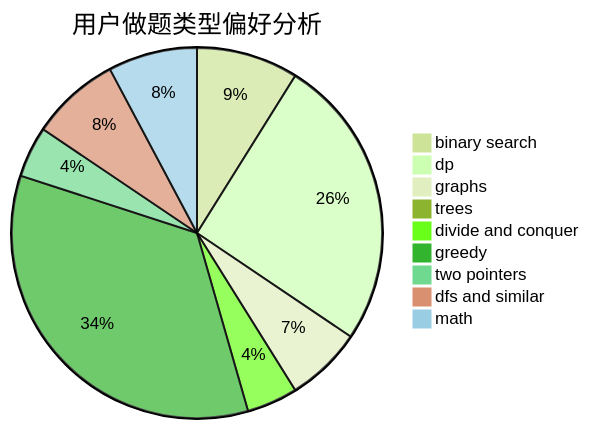
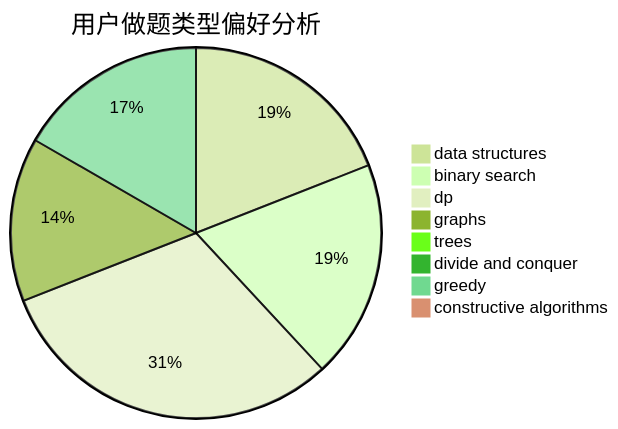
One commit to sherpahu/cfrs.github.io changed the second of 3 diagrams in docs/user/u1736.md. Above: the diagram before and after it, drawn with Mermaid (forest theme). The commit also changed other lines of this file and 2775 other files, not shown here.

````diff
--- a/docs/user/u1736.md
+++ b/docs/user/u1736.md
@@ -23,12 +23,11 @@
 ```mermaid
 pie title 用户做题类型偏好分析
+    "data structures" :  8
     "binary search" :  8
-    "dp" :  23
+    "dp" :  13
     "graphs" :  6
     "trees" :  0
-    "divide and conquer" :  4
-    "greedy" :  31
-    "two pointers" :  4
-    "dfs and similar" :  7
-    "math" :  7
+    "divide and conquer" :  0
+    "greedy" :  7
+    "constructive algorithms" :  0
 ```
````
